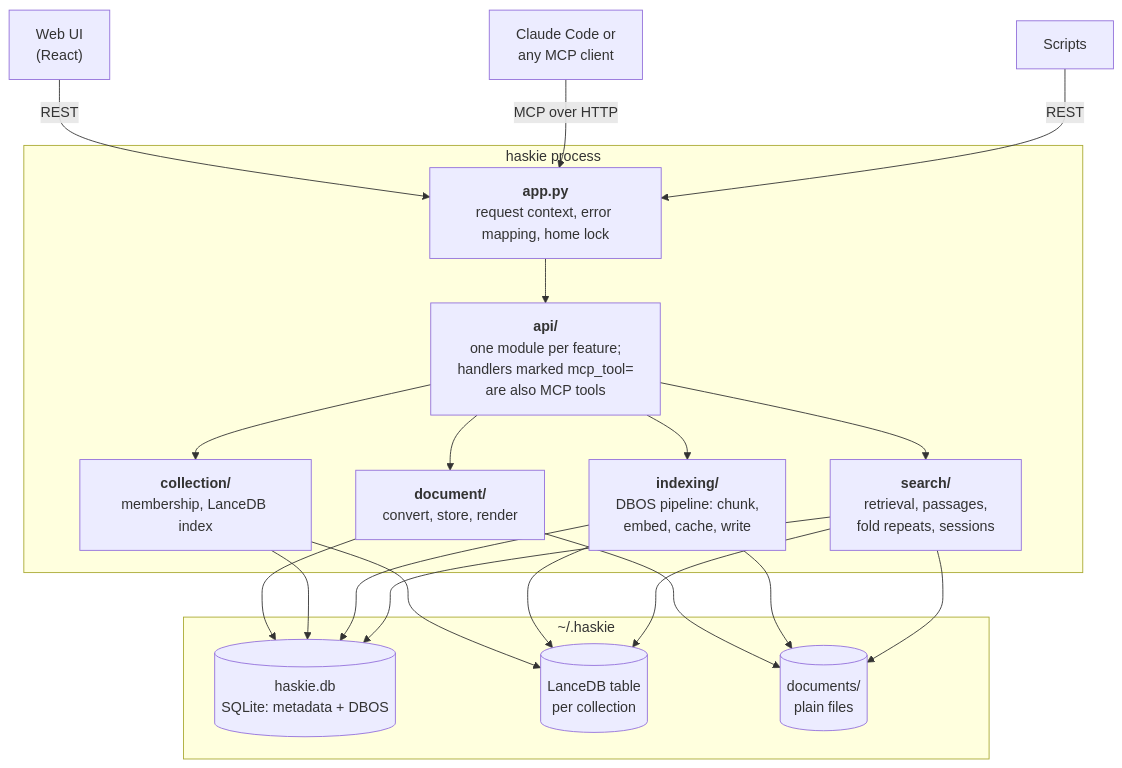
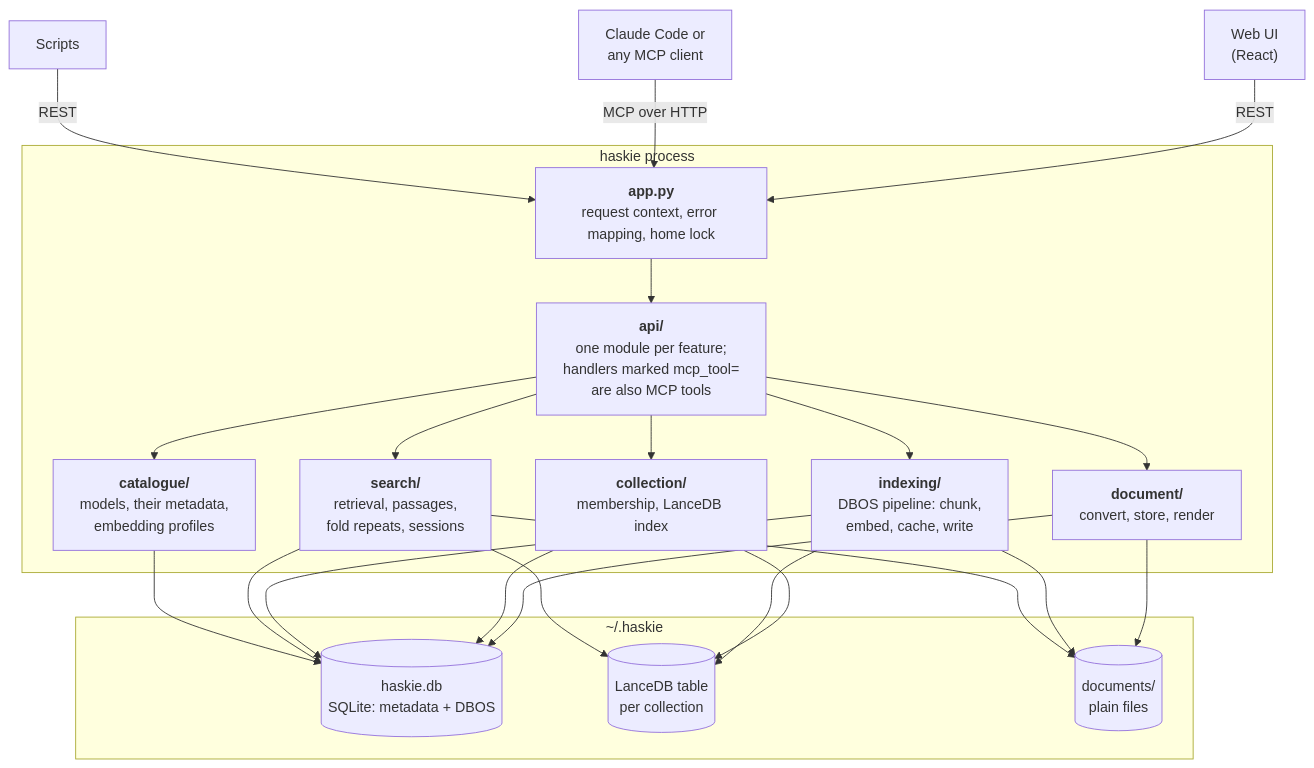
The first of 2 diagrams in docs/architecture.md (haskian/haskie), drawn with Mermaid before and after one commit. The commit also changed 64 other files, not shown here.

````diff
--- a/docs/architecture.md
+++ b/docs/architecture.md
@@ -6,33 +6,35 @@
 ```mermaid
 flowchart TB
     ui["Web UI<br/>(React)"] -- REST --> app
     agent["Claude Code or<br/>any MCP client"] -- "MCP over HTTP" --> app
     scripts["Scripts"] -- REST --> app
 
     subgraph process["haskie process"]
         app["<b>app.py</b><br/>request context, error mapping, home lock"]
         api["<b>api/</b><br/>one module per feature;<br/>handlers marked mcp_tool=<br/>are also MCP tools"]
         app --> api
         api --> document["<b>document/</b><br/>convert, store, render"]
         api --> collection["<b>collection/</b><br/>membership, LanceDB index"]
         api --> search["<b>search/</b><br/>retrieval, passages,<br/>fold repeats, sessions"]
         api --> indexing["<b>indexing/</b><br/>DBOS pipeline: chunk,<br/>embed, cache, write"]
+        api --> catalogue["<b>catalogue/</b><br/>models, their metadata,<br/>embedding profiles"]
     end
 
     subgraph home["~/.haskie"]
         sqlite[("haskie.db<br/>SQLite: metadata + DBOS")]
         lance[("LanceDB table<br/>per collection")]
         files[("documents/<br/>plain files")]
     end
 
     document --> files
     document --> sqlite
     collection --> lance
     collection --> sqlite
     indexing --> sqlite
     indexing --> lance
     indexing --> files
     search --> lance
     search --> sqlite
     search --> files
+    catalogue --> sqlite
 ```
````
